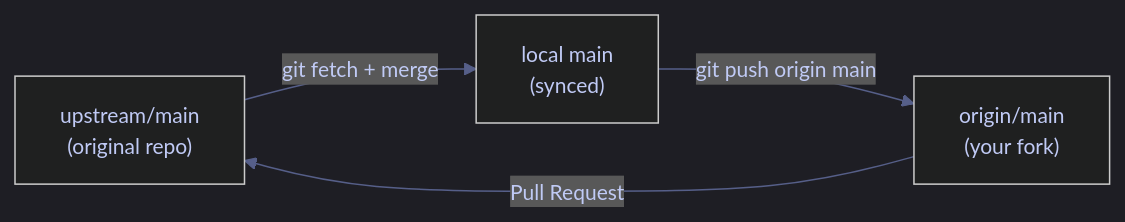
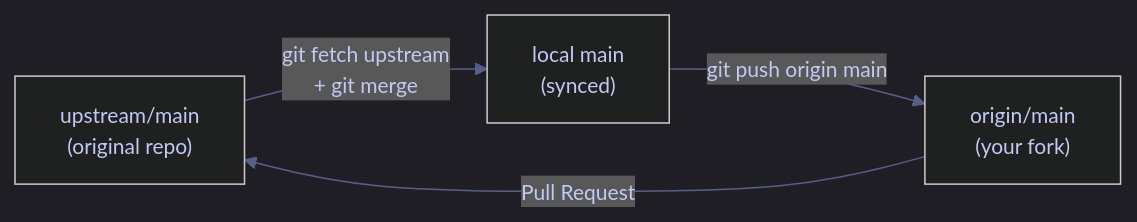
The second of 5 diagrams in content/08-Git/05-git-remote-management.md (alp78/elysium), drawn with Mermaid before and after one commit. The commit also changed other lines of this file and 4 other files, not shown here.

````diff
--- a/content/08-Git/05-git-remote-management.md
+++ b/content/08-Git/05-git-remote-management.md
@@ -88,18 +313,18 @@
 ```mermaid
 %%{init: {'theme': 'dark', 'themeVariables': {
   'primaryColor': '#292e42',
   'primaryTextColor': '#c0caf5',
   'primaryBorderColor': '#565f89',
   'lineColor': '#565f89',
   'secondaryColor': '#1a1b26',
   'tertiaryColor': '#24283b',
   'noteTextColor': '#c0caf5',
   'noteBkgColor': '#292e42',
   'textColor': '#c0caf5',
   'fontSize': '14px'
 }}}%%
 flowchart LR
-    UP["upstream/main\n(original repo)"] -->|"git fetch + merge"| LOCAL["local main\n(synced)"]
+    UP["upstream/main\n(original repo)"] -->|"git fetch upstream\n+ git merge"| LOCAL["local main\n(synced)"]
     LOCAL -->|"git push origin main"| ORIGIN["origin/main\n(your fork)"]
     ORIGIN -->|"Pull Request"| UP
 ```
````
